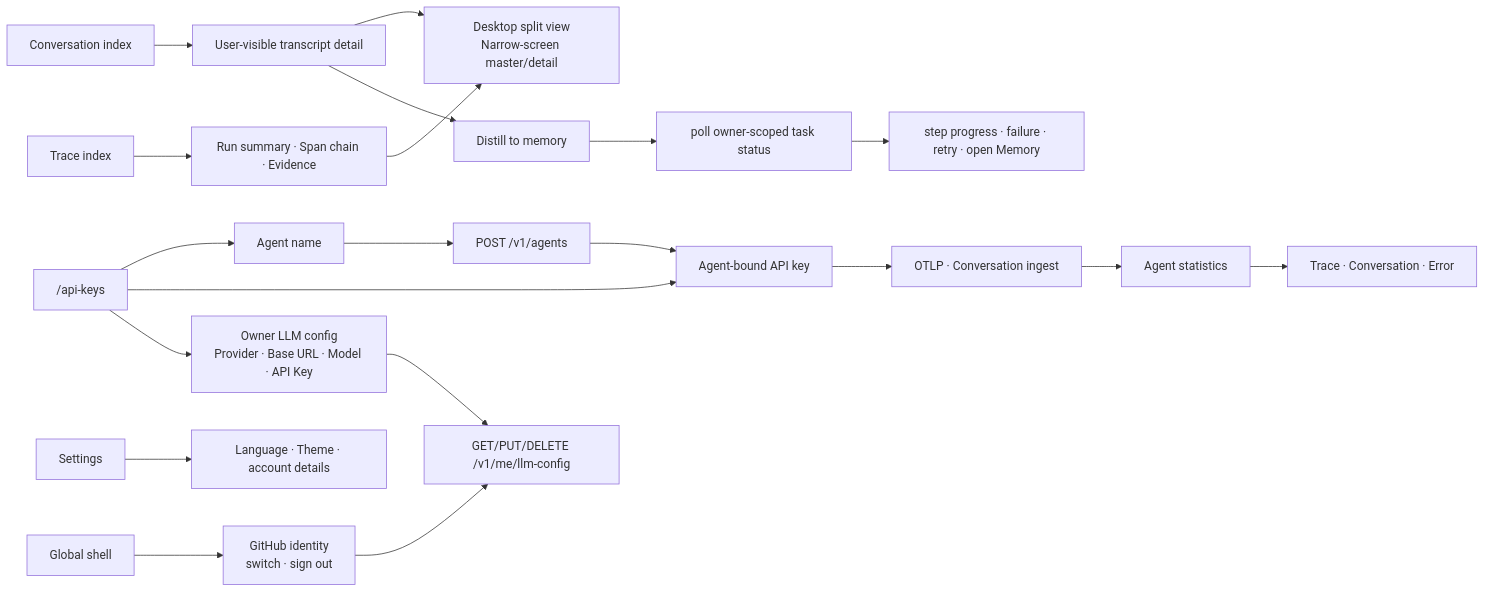
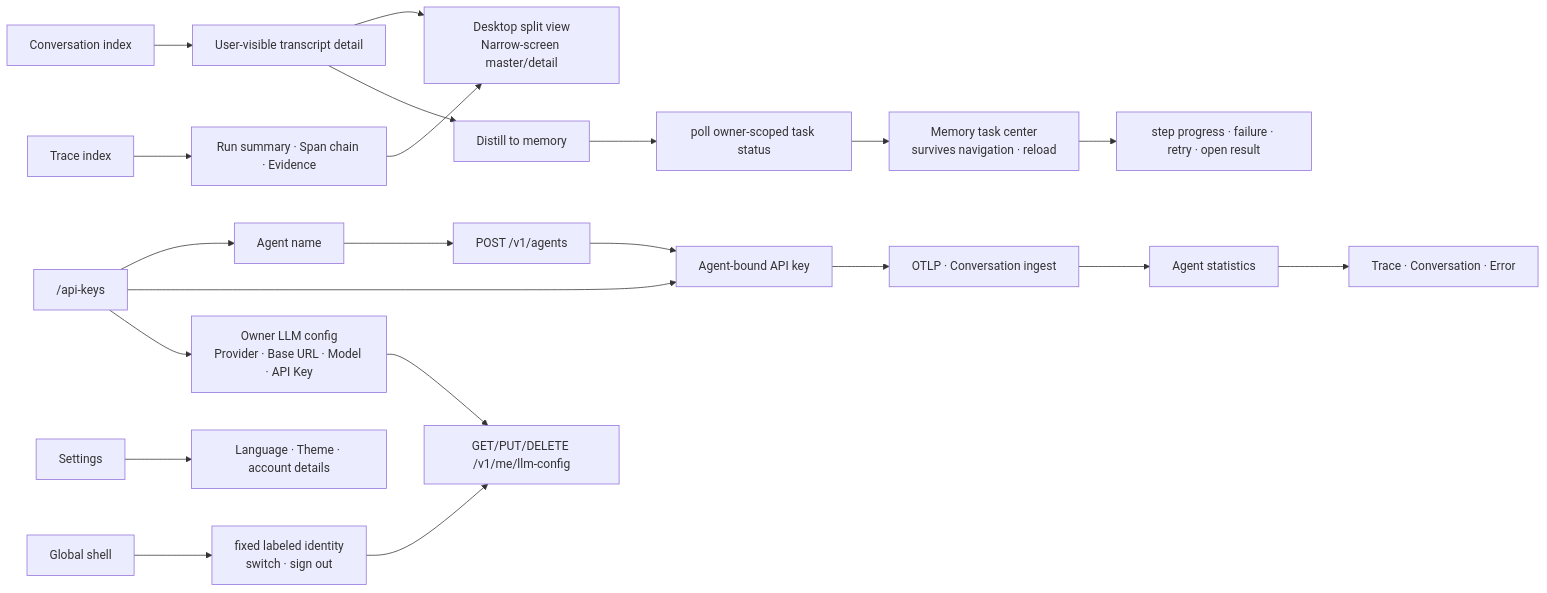
Before and after one commit to fightheyyy/CATENA: the second of 2 diagrams in catena-web/SPEC.md, drawn with Mermaid. The commit also changed other lines of this file and 30 other files, not shown here.

````diff
--- a/catena-web/SPEC.md
+++ b/catena-web/SPEC.md
@@ -30,22 +30,23 @@
 ```mermaid
 flowchart LR
     Conversation["Conversation index"] --> ConversationDetail["User-visible transcript detail"]
     Trace["Trace index"] --> TraceDetail["Run summary · Span chain · Evidence"]
     ConversationDetail --> Responsive["Desktop split view<br/>Narrow-screen master/detail"]
     ConversationDetail --> Submit["Distill to memory"]
     Submit --> Poll["poll owner-scoped task status"]
-    Poll --> Progress["step progress · failure · retry · open Memory"]
+    Poll --> TaskCenter["Memory task center<br/>survives navigation · reload"]
+    TaskCenter --> Progress["step progress · failure · retry · open result"]
     TraceDetail --> Responsive
     Stats["Agent statistics"] --> Evidence["Trace · Conversation · Error"]
     Keys["/api-keys"] --> Name["Agent name"]
     Name --> API["POST /v1/agents"]
     API --> Credential["Agent-bound API key"]
     Keys --> Credential
     Keys --> ModelConfig["Owner LLM config<br/>Provider · Base URL · Model · API Key"]
     ModelConfig --> Go["GET/PUT/DELETE /v1/me/llm-config"]
     Credential --> Ingest["OTLP · Conversation ingest"]
     Ingest --> Stats
     Settings["Settings"] --> Preferences["Language · Theme · account details"]
-    Shell["Global shell"] --> AccountMenu["GitHub identity<br/>switch · sign out"]
+    Shell["Global shell"] --> AccountMenu["fixed labeled identity<br/>switch · sign out"]
     AccountMenu --> Go
 ```
````
